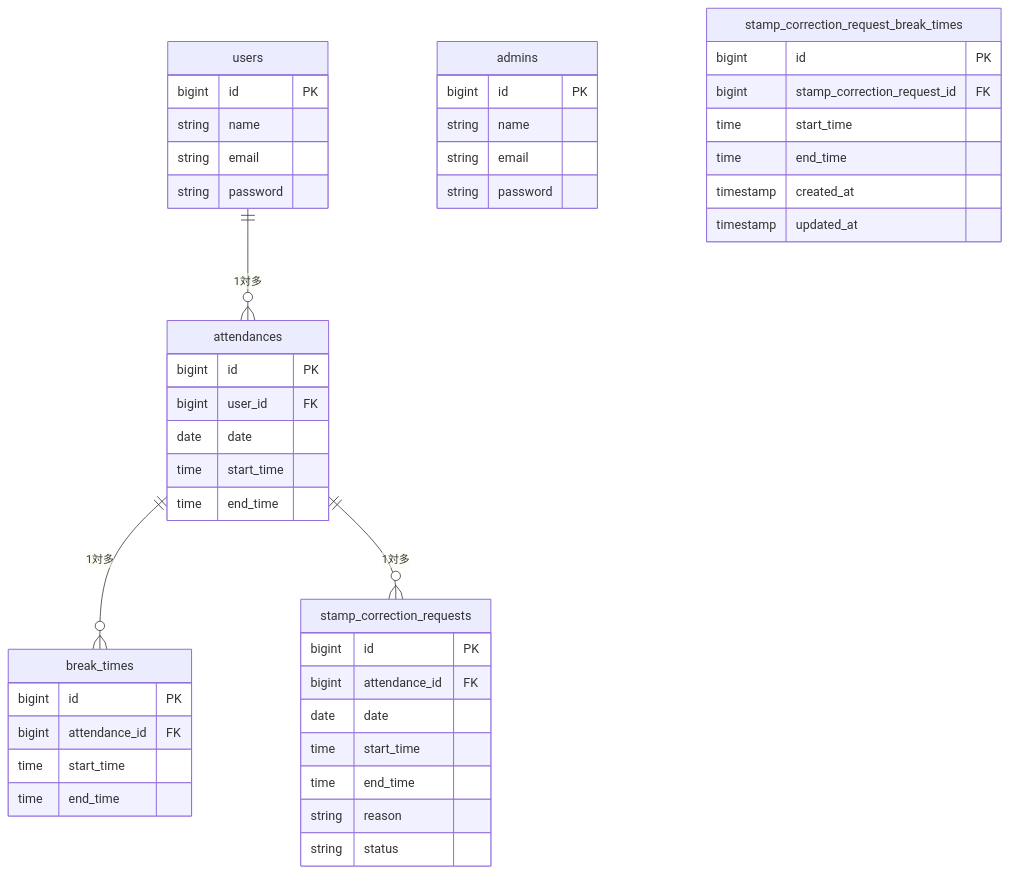
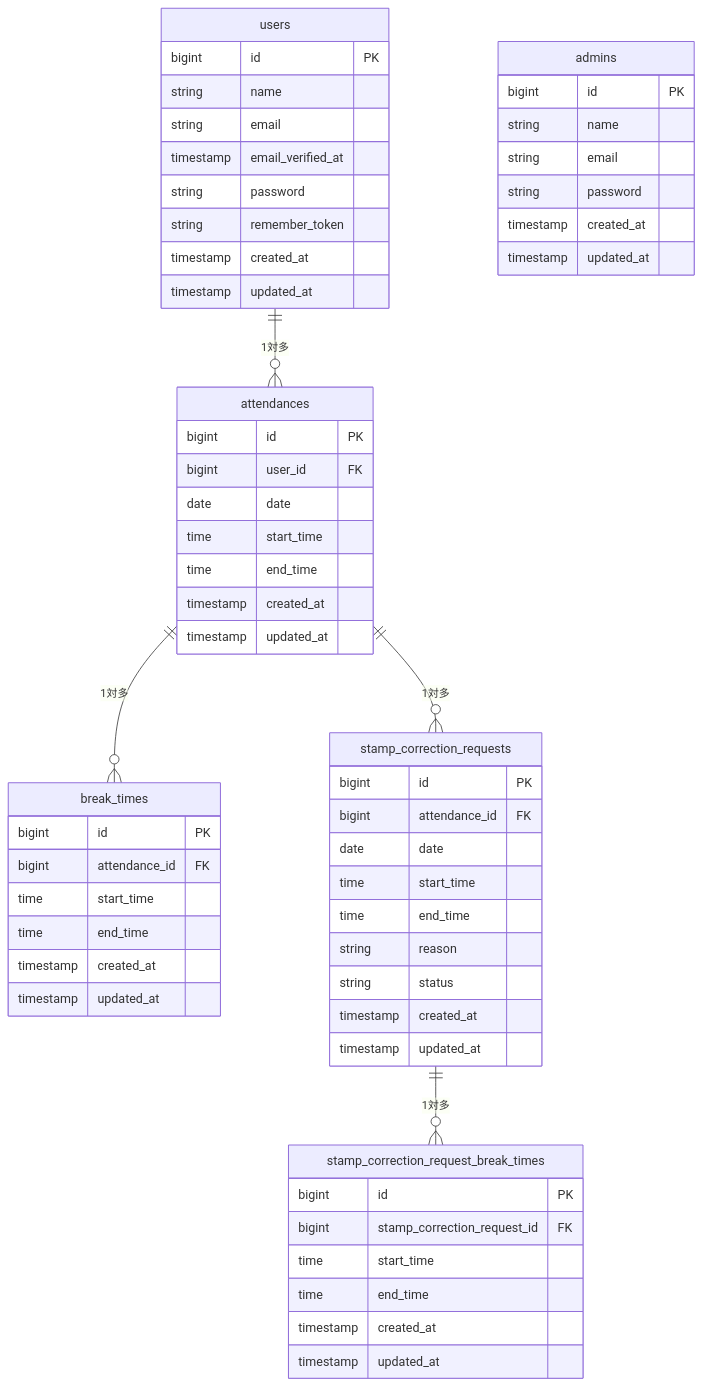
One commit to megumi2233/attendance-app changed the diagram in README.md. Above: the diagram before and after it, drawn with Mermaid.

Commit message:
Update ER diagram and add new relationships

````diff
--- a/README.md
+++ b/README.md
@@ -250,50 +250,63 @@
 ```mermaid
 erDiagram
     users ||--o{ attendances : "1対多"
     attendances ||--o{ break_times : "1対多"
     attendances ||--o{ stamp_correction_requests : "1対多"
+    stamp_correction_requests ||--o{ stamp_correction_request_break_times : "1対多"
 
     users {
         bigint id PK
         string name
         string email
+        timestamp email_verified_at
         string password
+        string remember_token
+        timestamp created_at
+        timestamp updated_at
     }
     admins {
         bigint id PK
         string name
         string email
         string password
+        timestamp created_at
+        timestamp updated_at
     }
     attendances {
         bigint id PK
         bigint user_id FK
         date date
         time start_time
         time end_time
+        timestamp created_at
+        timestamp updated_at
     }
     break_times {
         bigint id PK
         bigint attendance_id FK
         time start_time
         time end_time
+        timestamp created_at
+        timestamp updated_at
     }
     stamp_correction_requests {
         bigint id PK
         bigint attendance_id FK
         date date
         time start_time
         time end_time
         string reason
         string status
+        timestamp created_at
+        timestamp updated_at
     }
- 　　stamp_correction_request_break_times {
+    stamp_correction_request_break_times {
         bigint id PK
         bigint stamp_correction_request_id FK
         time start_time
         time end_time
         timestamp created_at
         timestamp updated_at
-　　 }
+    }
 
 ```
````
